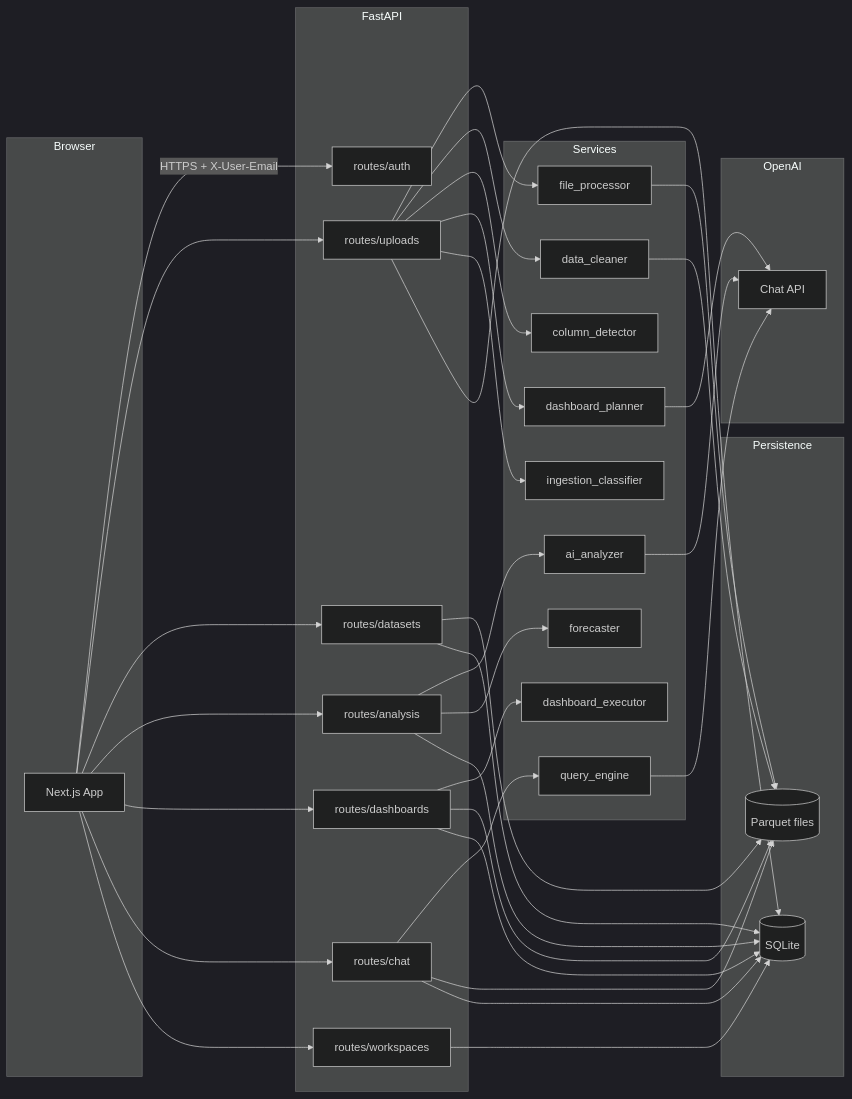
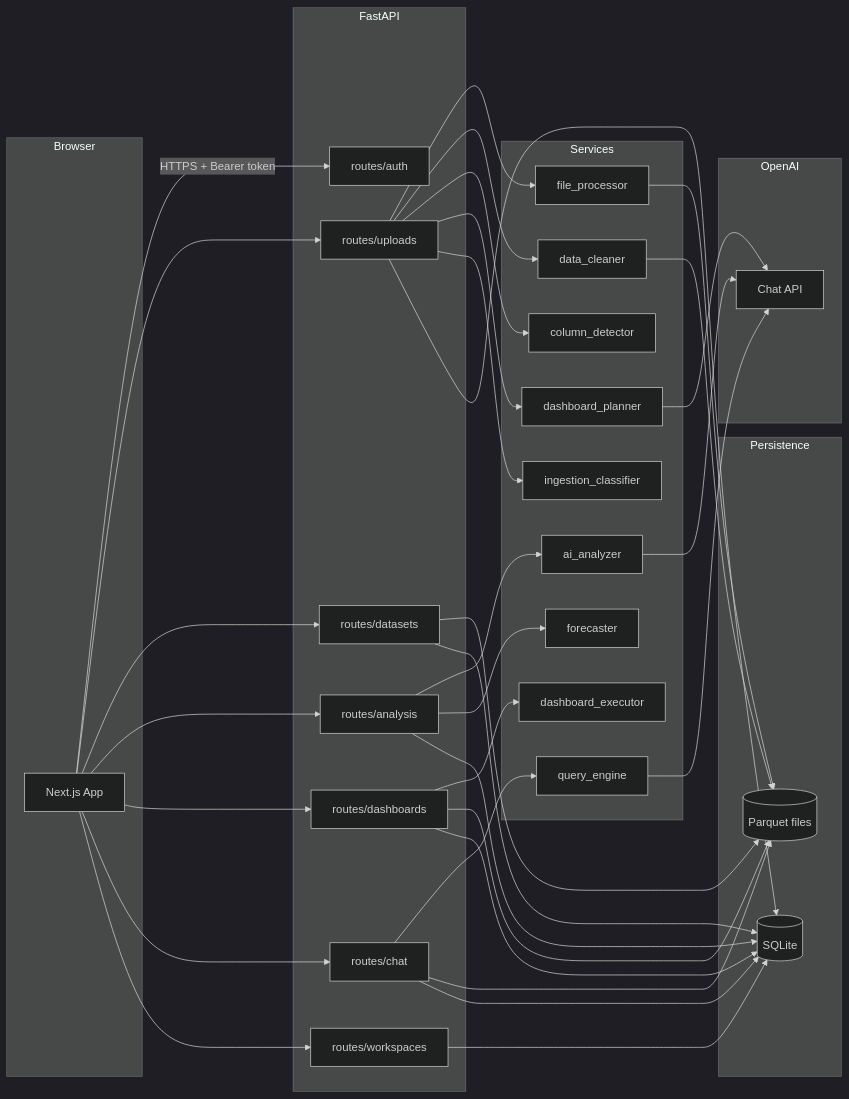
One commit to akshayBhardwaj23/urban-tribble changed the diagram in docs/ARCHITECTURE.md. Above: the diagram before and after it, drawn with Mermaid (dark theme). The commit also changed other lines of this file and 18 other files, not shown here.

First line of the commit message:
Implement Bearer token authentication and update related API endpoints

````diff
--- a/docs/ARCHITECTURE.md
+++ b/docs/ARCHITECTURE.md
@@ -30,46 +30,46 @@
 ```mermaid
 flowchart LR
   subgraph client [Browser]
     Next[Next.js App]
   end
   subgraph api [FastAPI]
     RU[routes/uploads]
     RD[routes/datasets]
     RA[routes/analysis]
     RDb[routes/dashboards]
     RC[routes/chat]
     RW[routes/workspaces]
     RAuth[routes/auth]
   end
   subgraph services [Services]
     FP[file_processor]
     DC[data_cleaner]
     CD[column_detector]
     DP[dashboard_planner]
     IC[ingestion_classifier]
     AA[ai_analyzer]
     QE[query_engine]
     FC[forecaster]
     DE[dashboard_executor]
   end
   subgraph persist [Persistence]
     SQL[(SQLite)]
     FS[(Parquet files)]
   end
   subgraph ai [OpenAI]
     GPT[Chat API]
   end
 
-  Next -->|HTTPS + X-User-Email| RAuth
+  Next -->|HTTPS + Bearer token| RAuth
   Next --> RU & RD & RA & RDb & RC & RW
   RU --> FP & DC & CD & DP & IC
   RD --> FS
   RA --> AA & FC
   RDb --> DE & FS
   RC --> QE & FS
   AA --> GPT
   QE --> GPT
   DP --> GPT
   RU & RD & RA & RDb & RC & RW --> SQL
   FP & DC --> FS
 ```
````
